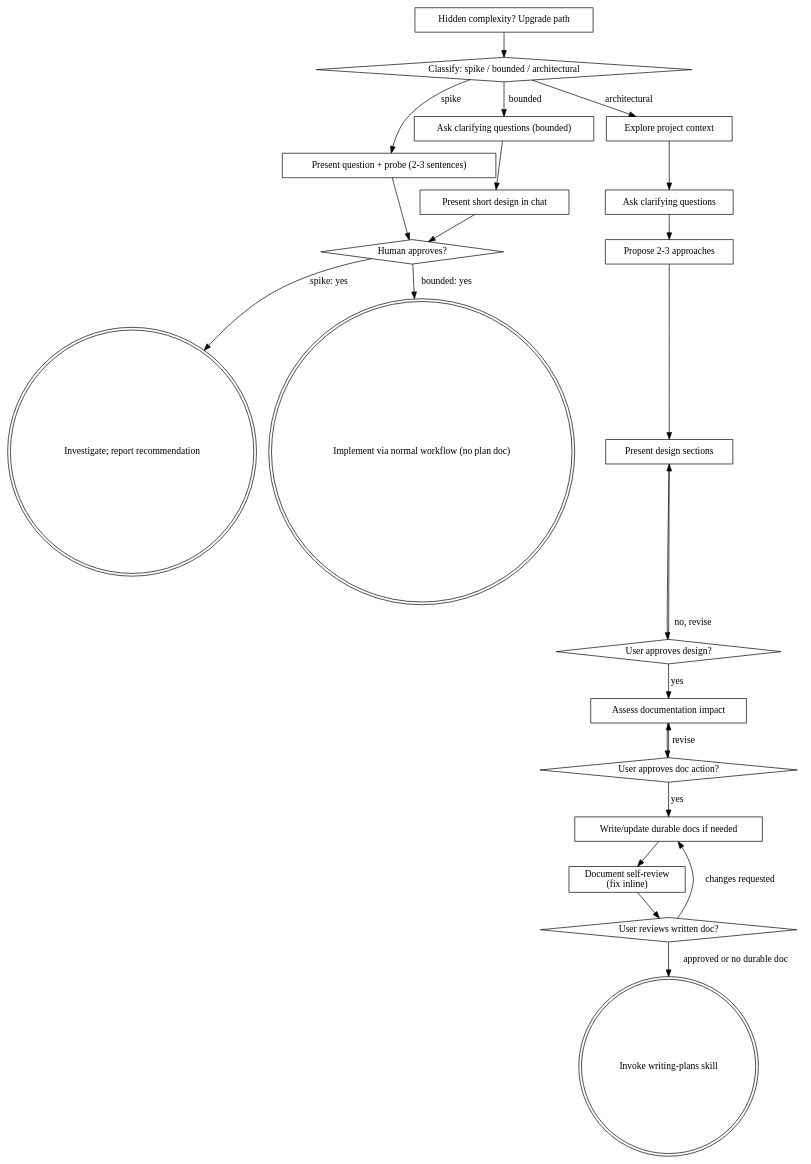
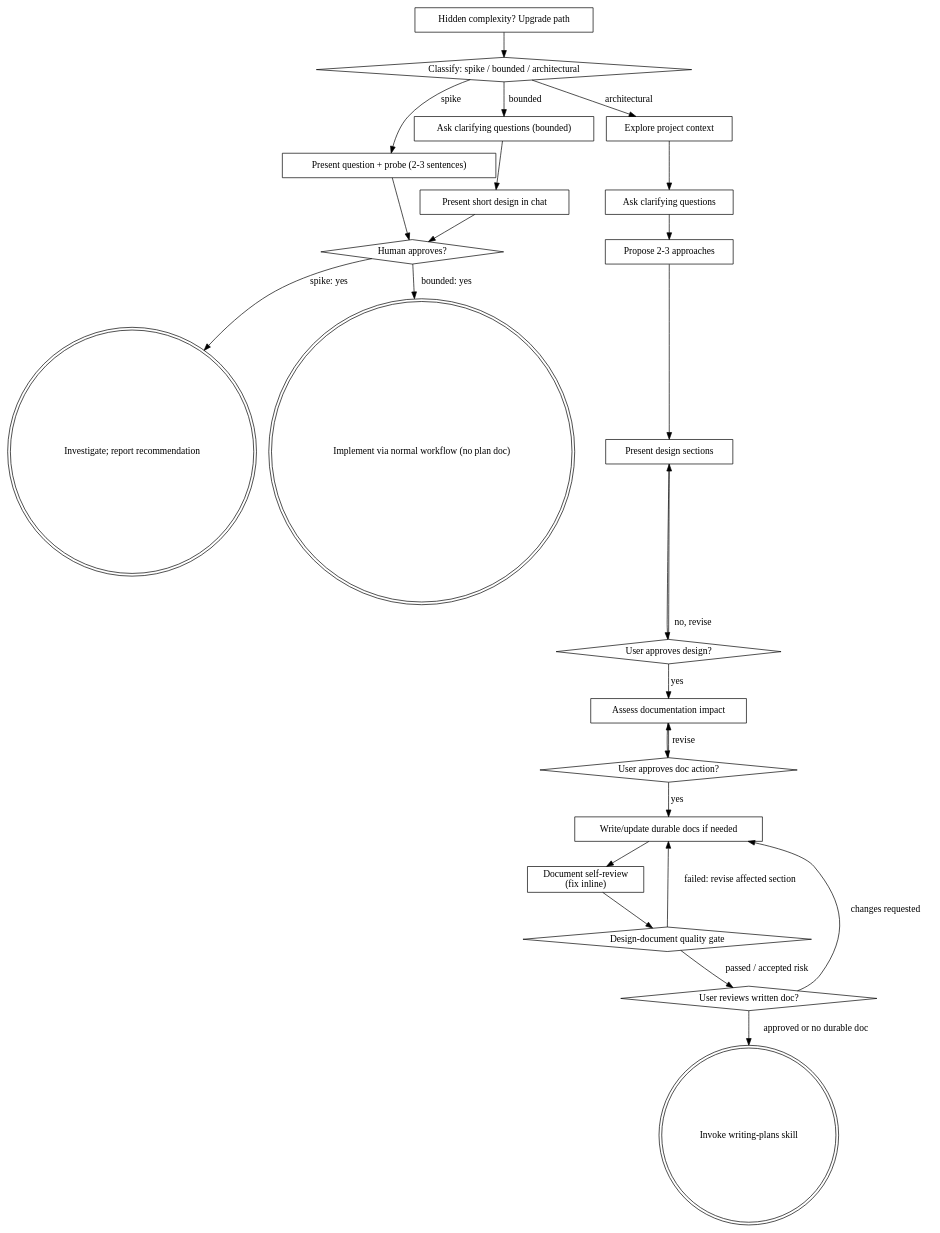
Before and after one commit to sonsu-lee/sonsu-marketplace: the diagram in plugins/engineering/skills/brainstorming/SKILL.md, drawn with Graphviz. The commit also changed other lines of this file and 19 other files, not shown here.

````diff
--- a/plugins/engineering/skills/brainstorming/SKILL.md
+++ b/plugins/engineering/skills/brainstorming/SKILL.md
@@ -109,46 +110,49 @@
 ```dot
 digraph brainstorming {
     "Classify: spike / bounded / architectural" [shape=diamond];
     "Present question + probe (2-3 sentences)" [shape=box];
     "Ask clarifying questions (bounded)" [shape=box];
     "Present short design in chat" [shape=box];
     "Human approves?" [shape=diamond];
     "Investigate; report recommendation" [shape=doublecircle];
     "Implement via normal workflow (no plan doc)" [shape=doublecircle];
     "Explore project context" [shape=box];
     "Ask clarifying questions" [shape=box];
     "Propose 2-3 approaches" [shape=box];
     "Present design sections" [shape=box];
     "User approves design?" [shape=diamond];
     "Assess documentation impact" [shape=box];
     "User approves doc action?" [shape=diamond];
     "Write/update durable docs if needed" [shape=box];
     "Document self-review\n(fix inline)" [shape=box];
+    "Design-document quality gate" [shape=diamond];
     "User reviews written doc?" [shape=diamond];
     "Invoke writing-plans skill" [shape=doublecircle];
     "Hidden complexity? Upgrade path" [shape=box];
 
     "Classify: spike / bounded / architectural" -> "Present question + probe (2-3 sentences)" [label="spike"];
     "Classify: spike / bounded / architectural" -> "Ask clarifying questions (bounded)" [label="bounded"];
     "Classify: spike / bounded / architectural" -> "Explore project context" [label="architectural"];
     "Present question + probe (2-3 sentences)" -> "Human approves?";
     "Ask clarifying questions (bounded)" -> "Present short design in chat";
     "Present short design in chat" -> "Human approves?";
     "Human approves?" -> "Investigate; report recommendation" [label="spike: yes"];
     "Human approves?" -> "Implement via normal workflow (no plan doc)" [label="bounded: yes"];
     "Hidden complexity? Upgrade path" -> "Classify: spike / bounded / architectural";
     "Explore project context" -> "Ask clarifying questions";
     "Ask clarifying questions" -> "Propose 2-3 approaches";
     "Propose 2-3 approaches" -> "Present design sections";
     "Present design sections" -> "User approves design?";
     "User approves design?" -> "Present design sections" [label="no, revise"];
     "User approves design?" -> "Assess documentation impact" [label="yes"];
     "Assess documentation impact" -> "User approves doc action?";
     "User approves doc action?" -> "Assess documentation impact" [label="revise"];
     "User approves doc action?" -> "Write/update durable docs if needed" [label="yes"];
     "Write/update durable docs if needed" -> "Document self-review\n(fix inline)";
-    "Document self-review\n(fix inline)" -> "User reviews written doc?";
+    "Document self-review\n(fix inline)" -> "Design-document quality gate";
+    "Design-document quality gate" -> "Write/update durable docs if needed" [label="failed: revise affected section"];
+    "Design-document quality gate" -> "User reviews written doc?" [label="passed / accepted risk"];
     "User reviews written doc?" -> "Write/update durable docs if needed" [label="changes requested"];
     "User reviews written doc?" -> "Invoke writing-plans skill" [label="approved or no durable doc"];
 }
 ```
````
